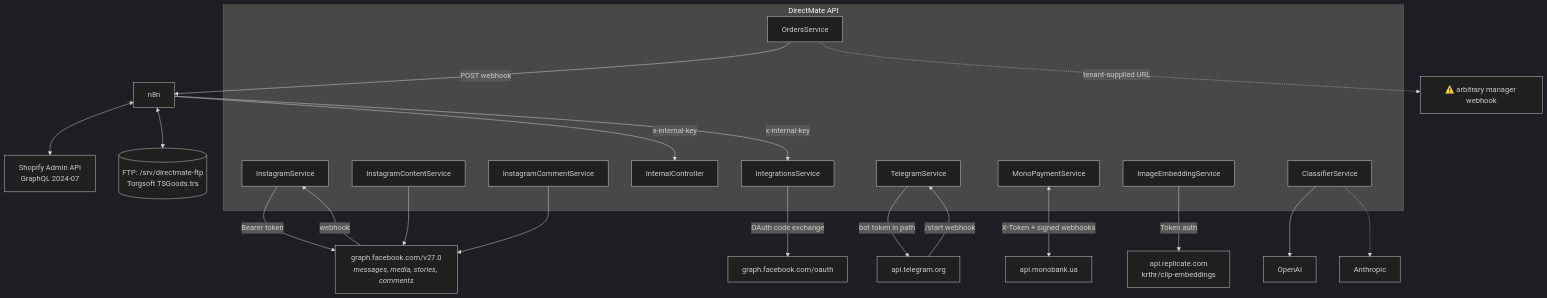
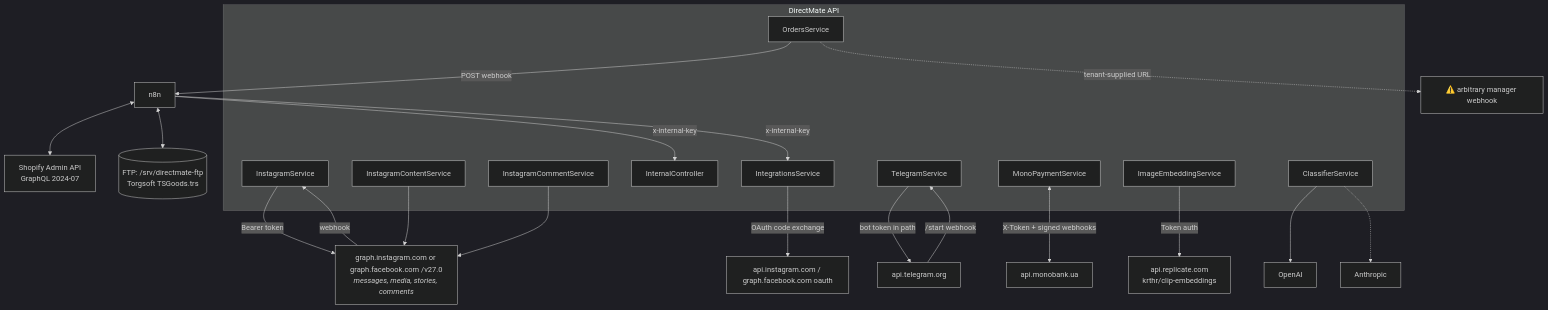
Before and after one commit to alexanderkhanas/direct-mate: the first of 11 diagrams in docs/architecture/06-integrations-and-channels.md, drawn with Mermaid (dark theme). The commit also changed other lines of this file and 32 other files, not shown here.

````diff
--- a/docs/architecture/06-integrations-and-channels.md
+++ b/docs/architecture/06-integrations-and-channels.md
@@ -11,35 +11,35 @@
 ```mermaid
 flowchart TB
     subgraph API["DirectMate API"]
         IGS["InstagramService"]
         ICS["InstagramContentService"]
         ICM["InstagramCommentService"]
         INTG["IntegrationsService"]
         INTC["InternalController"]
         ORD["OrdersService"]
         TG["TelegramService"]
         MONO["MonoPaymentService"]
         EMB["ImageEmbeddingService"]
         LLM["ClassifierService"]
     end
 
-    IGS -->|"Bearer token"| META["graph.facebook.com/v27.0<br/><i>messages, media, stories, comments</i>"]
+    IGS -->|"Bearer token"| META["graph.instagram.com or graph.facebook.com /v27.0<br/><i>messages, media, stories, comments</i>"]
     ICS --> META
     ICM --> META
-    INTG -->|"OAuth code exchange"| IGOAUTH["graph.facebook.com/oauth"]
+    INTG -->|"OAuth code exchange"| IGOAUTH["api.instagram.com / graph.facebook.com oauth"]
     META -->|"webhook"| IGS
 
     ORD -->|"POST webhook"| N8N["n8n"]
     N8N -->|"x-internal-key"| INTC
     N8N -->|"x-internal-key"| INTG
     N8N <--> SHOP["Shopify Admin API<br/>GraphQL 2024-07"]
     N8N <--> FTP[("FTP: /srv/directmate-ftp<br/>Torgsoft TSGoods.trs")]
 
     TG -->|"bot token in path"| TGAPI["api.telegram.org"]
     TGAPI -->|"/start webhook"| TG
     MONO <-->|"X-Token + signed webhooks"| MB["api.monobank.ua"]
     EMB -->|"Token auth"| REP["api.replicate.com<br/>krthr/clip-embeddings"]
     LLM --> OAI["OpenAI"]
     LLM -.-> ANT["Anthropic"]
     ORD -.->|"tenant-supplied URL"| HOOK["⚠️ arbitrary manager webhook"]
 ```
````
